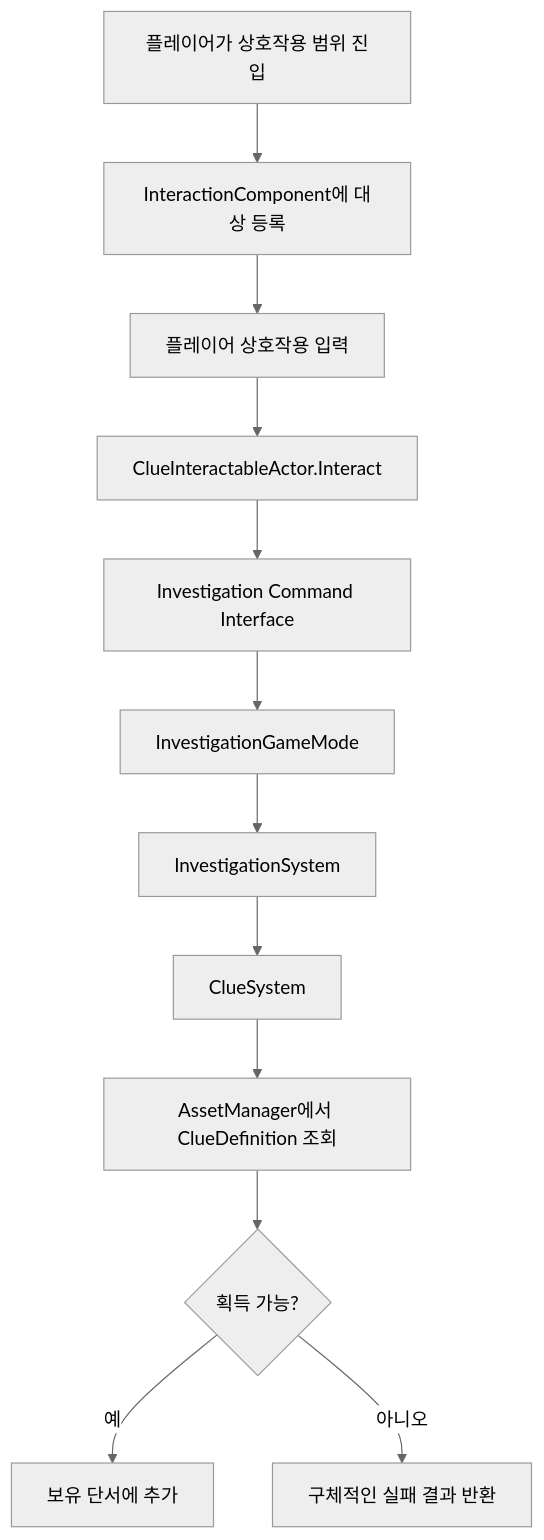
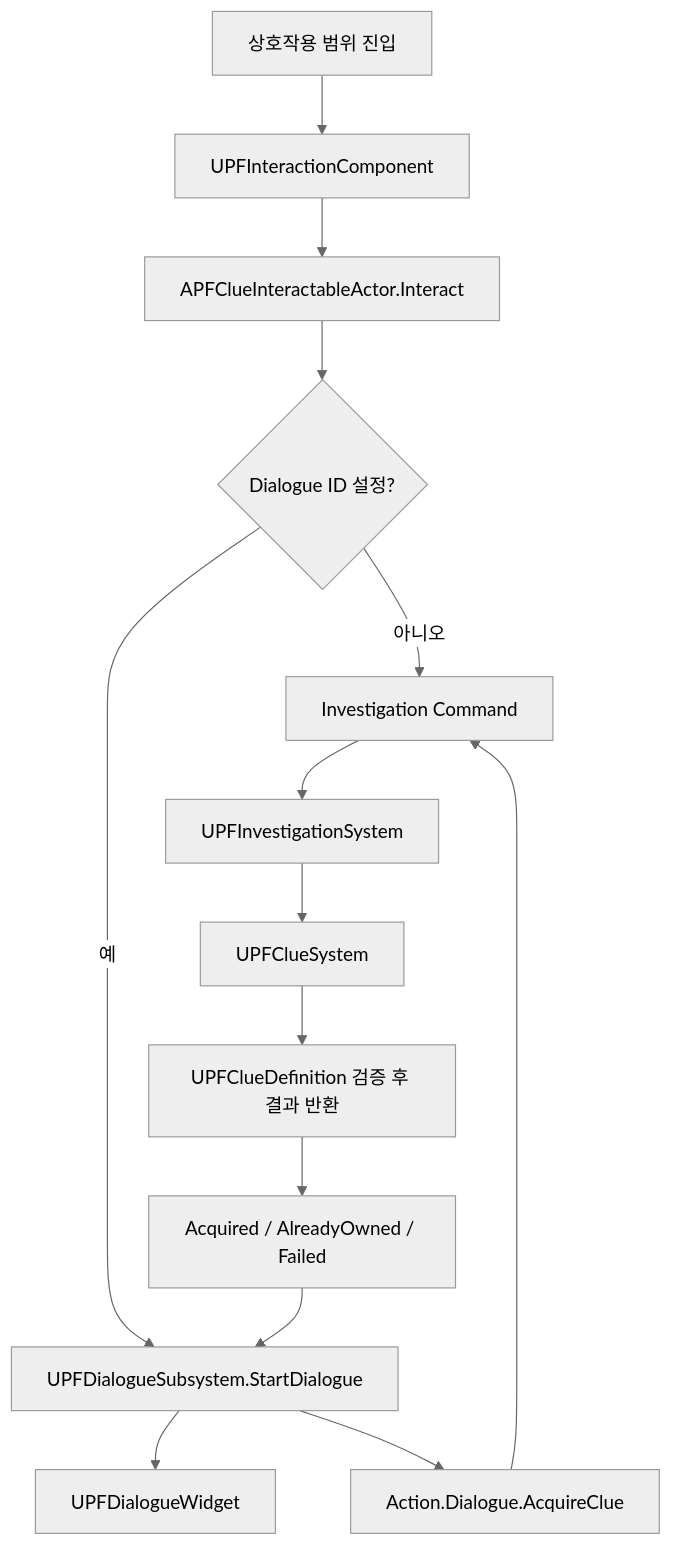
One commit to Fsbsnw/ProjectSIH changed the second of 2 diagrams in README.md. Above: the diagram before and after it, drawn with Mermaid (neutral theme). The commit also changed other lines of this file and 4 other files, not shown here.

````diff
--- a/README.md
+++ b/README.md
@@ -60,14 +60,16 @@
 ```mermaid
 flowchart TD
-    A["플레이어가 상호작용 범위 진입"] --> B["InteractionComponent에 대상 등록"]
-    B --> C["플레이어 상호작용 입력"]
-    C --> D["ClueInteractableActor.Interact"]
-    D --> E["Investigation Command Interface"]
-    E --> F["InvestigationGameMode"]
-    F --> G["InvestigationSystem"]
-    G --> H["ClueSystem"]
-    H --> I["AssetManager에서 ClueDefinition 조회"]
-    I --> J{"획득 가능?"}
-    J -->|예| K["보유 단서에 추가"]
-    J -->|아니오| L["구체적인 실패 결과 반환"]
+    A["상호작용 범위 진입"] --> B["UPFInteractionComponent"]
+    B --> C["APFClueInteractableActor.Interact"]
+    C --> D{"Dialogue ID 설정?"}
+    D -->|아니오| E["Investigation Command"]
+    D -->|예| F["UPFDialogueSubsystem.StartDialogue"]
+    F --> G["UPFDialogueWidget"]
+    F --> H["Action.Dialogue.AcquireClue"]
+    H --> E
+    E --> I["UPFInvestigationSystem"]
+    I --> J["UPFClueSystem"]
+    J --> K["UPFClueDefinition 검증 후 결과 반환"]
+    K --> L["Acquired / AlreadyOwned / Failed"]
+    L --> F
 ```
````
